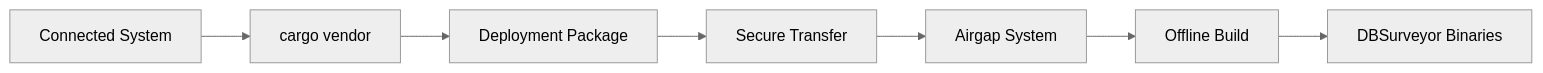
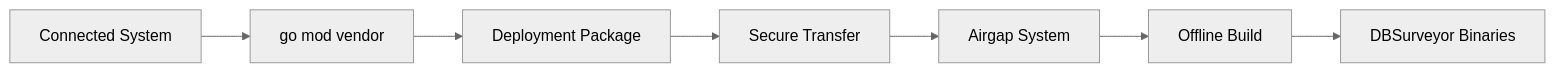
Before and after one commit to EvilBit-Labs/dbsurveyor: diagram 12 of 12 in docs/src/architecture.md, drawn with Mermaid (neutral theme). The commit also changed other lines of this file and 343 other files, not shown here.

````diff
--- a/docs/src/architecture.md
+++ b/docs/src/architecture.md
@@ -630,11 +648,11 @@
 ```mermaid
 graph LR
-    CONNECTED[Connected System] --> VENDOR[cargo vendor]
+    CONNECTED[Connected System] --> VENDOR[go mod vendor]
     VENDOR --> PACKAGE[Deployment Package]
     
     PACKAGE --> TRANSFER[Secure Transfer]
     TRANSFER --> AIRGAP[Airgap System]
     
     AIRGAP --> OFFLINE_BUILD[Offline Build]
     OFFLINE_BUILD --> BINARIES[DBSurveyor Binaries]
 ```
````
